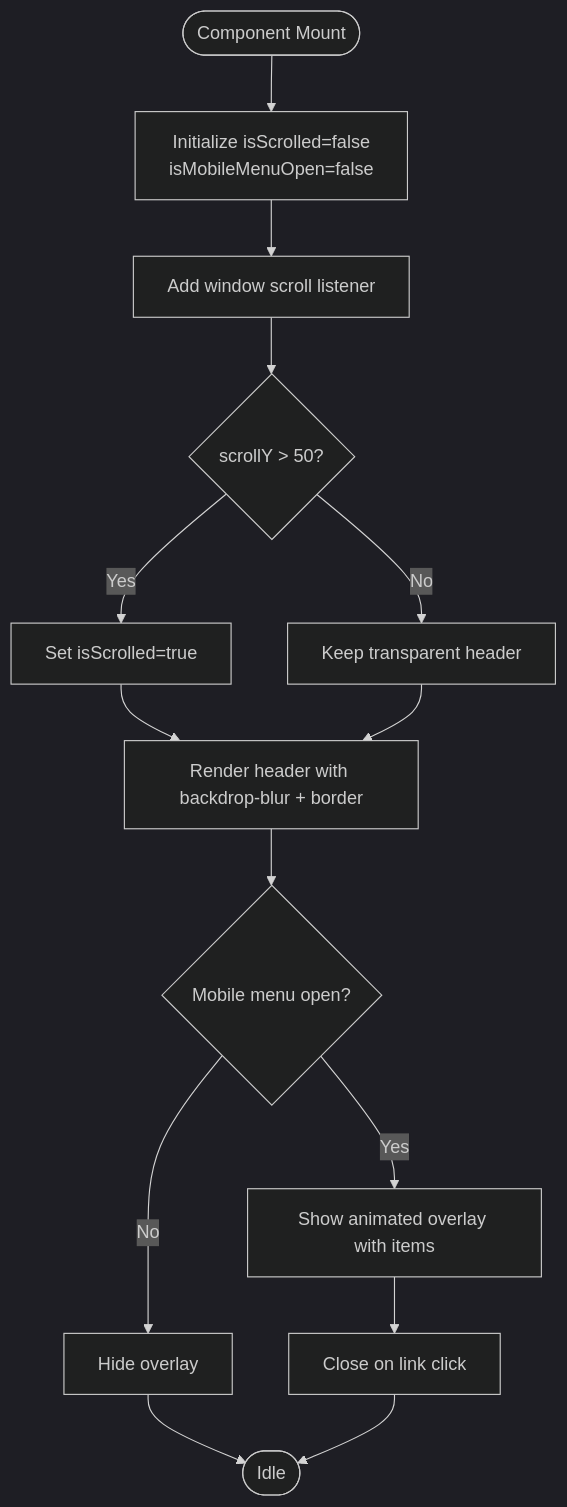
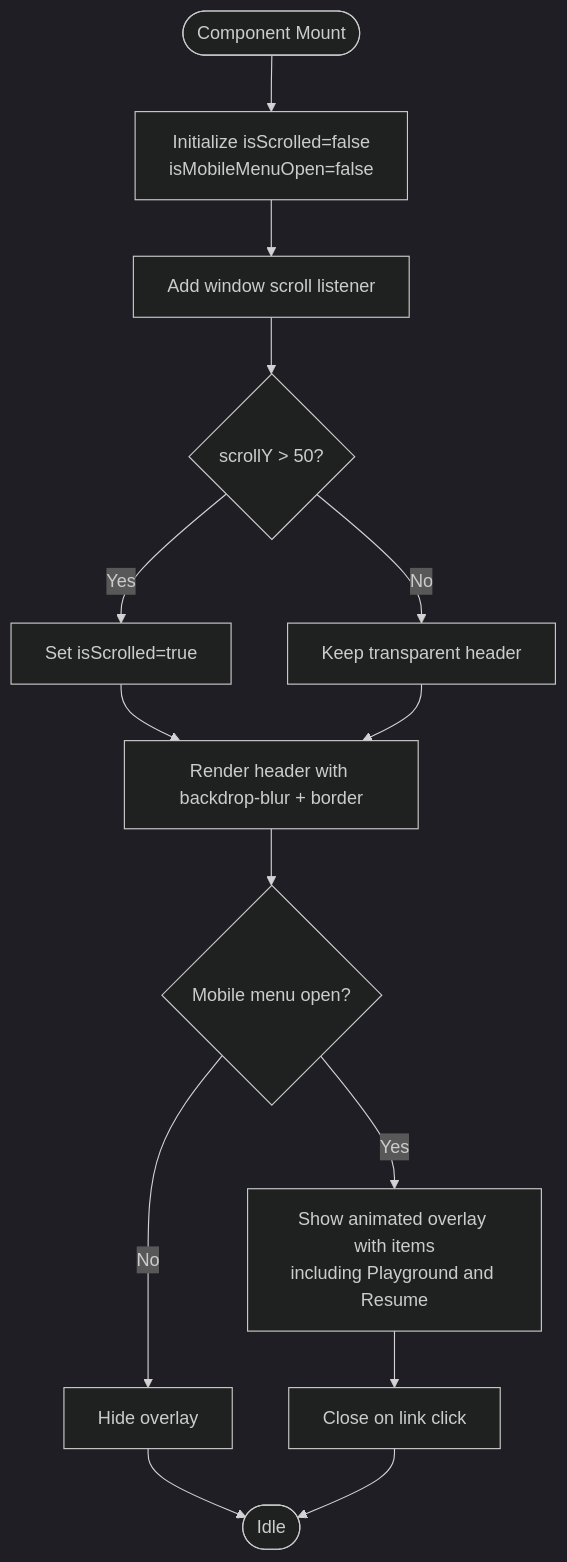
One commit to tee-15/portfolio-tee changed the third of 9 diagrams in .qoder/repowiki/en/content/Core Components/Navigation Component.md. Above: the diagram before and after it, drawn with Mermaid (dark theme). The commit also changed other lines of this file and 27 other files, not shown here.

````diff
--- a/.qoder/repowiki/en/content/Core Components/Navigation Component.md
+++ b/.qoder/repowiki/en/content/Core Components/Navigation Component.md
@@ -113,16 +125,16 @@
 ```mermaid
 flowchart TD
 Start(["Component Mount"]) --> InitState["Initialize isScrolled=false<br/>isMobileMenuOpen=false"]
 InitState --> AddScrollListener["Add window scroll listener"]
 AddScrollListener --> HandleScroll{"scrollY > 50?"}
 HandleScroll --> |Yes| SetScrolled["Set isScrolled=true"]
 HandleScroll --> |No| KeepTransparent["Keep transparent header"]
 SetScrolled --> RenderHeader["Render header with backdrop-blur + border"]
 KeepTransparent --> RenderHeader
 RenderHeader --> MobileToggle{"Mobile menu open?"}
-MobileToggle --> |Yes| ShowOverlay["Show animated overlay with items"]
+MobileToggle --> |Yes| ShowOverlay["Show animated overlay with items<br/>including Playground and Resume"]
 MobileToggle --> |No| HideOverlay["Hide overlay"]
 ShowOverlay --> CloseOnLink["Close on link click"]
 HideOverlay --> End(["Idle"])
 CloseOnLink --> End
 ```
````
